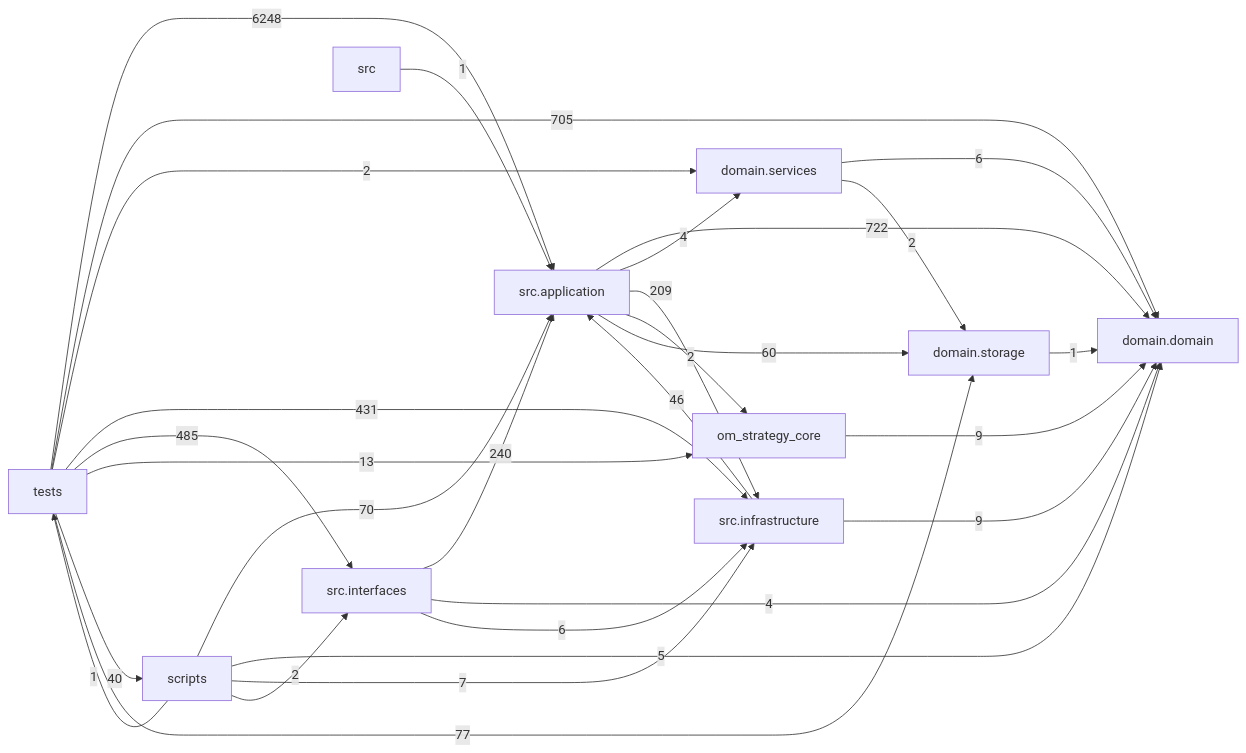
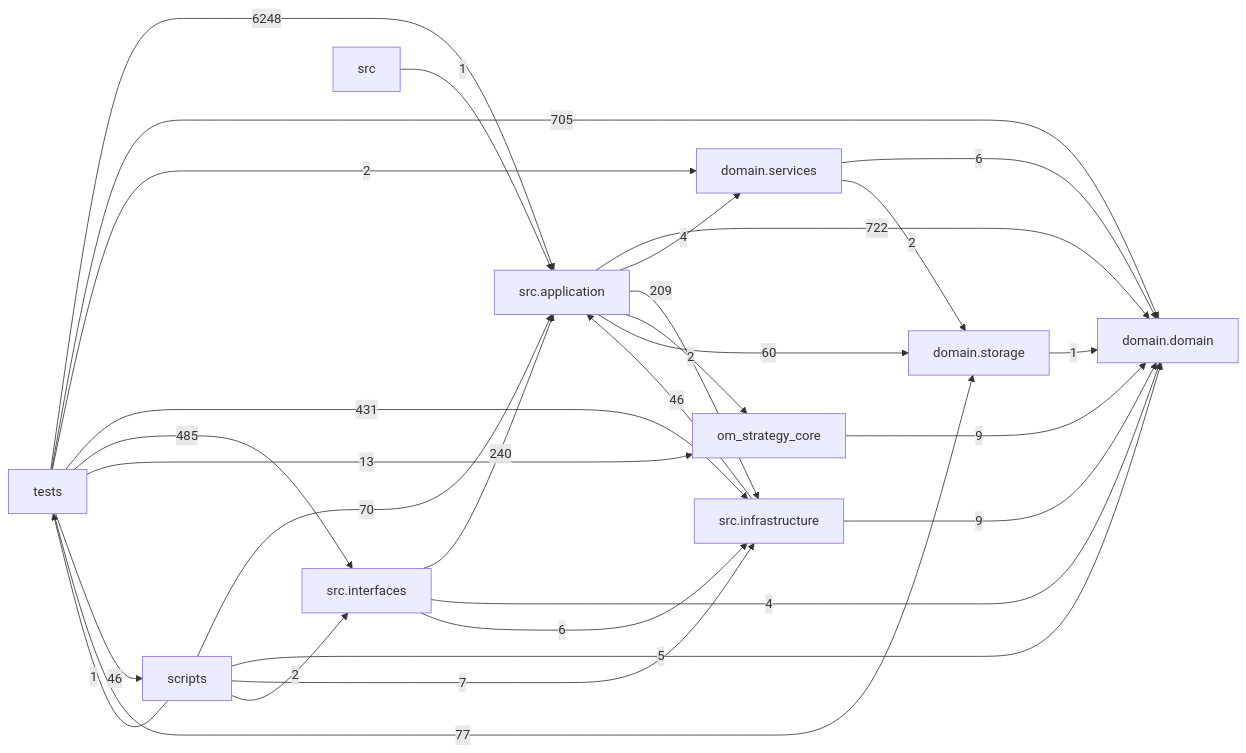
Before and after one commit to liuxie066/options-monitor: the diagram in docs/DEPENDENCY_GRAPH.md, drawn with Mermaid. The commit also changed other lines of this file and 8 other files, not shown here.

````diff
--- a/docs/DEPENDENCY_GRAPH.md
+++ b/docs/DEPENDENCY_GRAPH.md
@@ -24,39 +24,39 @@
 ```mermaid
 flowchart LR
   tests["tests"]
   scripts["scripts"]
   interfaces["src.interfaces"]
   application["src.application"]
   infrastructure["src.infrastructure"]
   domain_services["domain.services"]
   domain["domain.domain"]
   storage["domain.storage"]
   application -->|722| domain
   application -->|4| domain_services
   application -->|209| infrastructure
   application -->|2| om_strategy_core
   application -->|60| storage
   domain_services -->|6| domain
   domain_services -->|2| storage
   infrastructure -->|46| application
   infrastructure -->|9| domain
   interfaces -->|240| application
   interfaces -->|4| domain
   interfaces -->|6| infrastructure
   om_strategy_core -->|9| domain
   scripts -->|70| application
   scripts -->|5| domain
   scripts -->|7| infrastructure
   scripts -->|2| interfaces
   scripts -->|1| tests
   src -->|1| application
   storage -->|1| domain
   tests -->|6248| application
   tests -->|705| domain
   tests -->|2| domain_services
   tests -->|431| infrastructure
   tests -->|485| interfaces
   tests -->|13| om_strategy_core
-  tests -->|40| scripts
+  tests -->|46| scripts
   tests -->|77| storage
 ```
````
